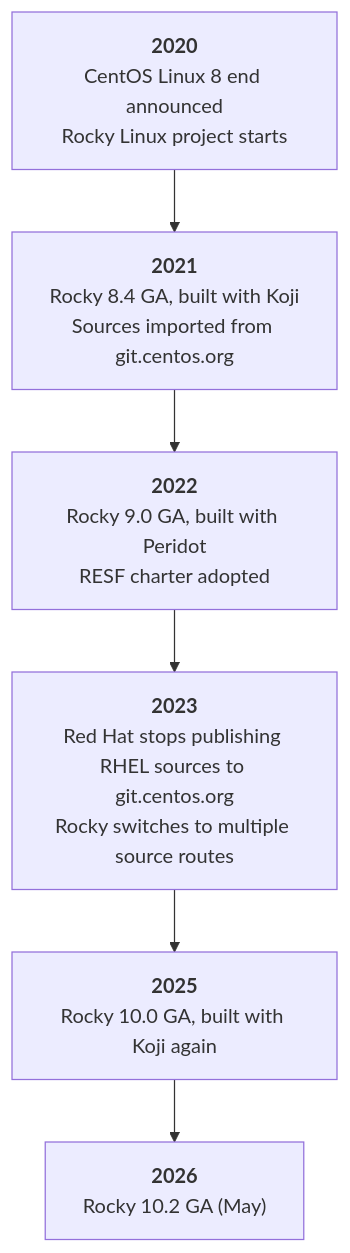
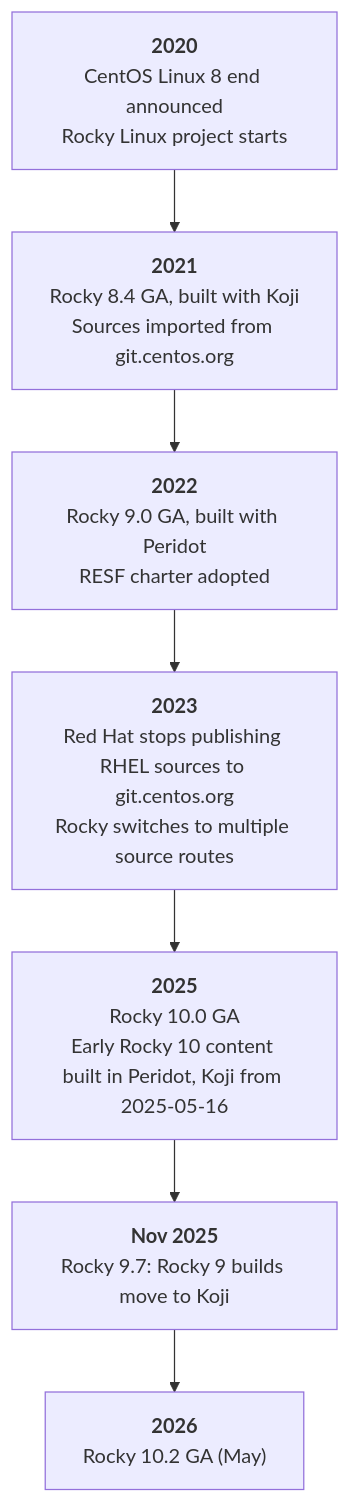
One commit to ssimpson89/LinuxTrainingCourse changed the second of 8 diagrams in content/21-inside-rocky-linux.md. Above: the diagram before and after it, drawn with Mermaid. The commit also changed other lines of this file and 99 other files, not shown here.

First line of the commit message:
Add "How Rocky Gets Built" series (modules 40-53) with lab kits

````diff
--- a/content/21-inside-rocky-linux.md
+++ b/content/21-inside-rocky-linux.md
@@ -147,10 +151,11 @@
     ```mermaid
     flowchart TB
         T0["<b>2020</b><br/>CentOS Linux 8 end announced<br/>Rocky Linux project starts"]
         T1["<b>2021</b><br/>Rocky 8.4 GA, built with Koji<br/>Sources imported from git.centos.org"]
         T2["<b>2022</b><br/>Rocky 9.0 GA, built with Peridot<br/>RESF charter adopted"]
         T3["<b>2023</b><br/>Red Hat stops publishing RHEL sources to git.centos.org<br/>Rocky switches to multiple source routes"]
-        T4["<b>2025</b><br/>Rocky 10.0 GA, built with Koji again"]
+        T4["<b>2025</b><br/>Rocky 10.0 GA<br/>Early Rocky 10 content built in Peridot, Koji from 2025-05-16"]
+        T4b["<b>Nov 2025</b><br/>Rocky 9.7: Rocky 9 builds move to Koji"]
         T5["<b>2026</b><br/>Rocky 10.2 GA (May)"]
-        T0 --> T1 --> T2 --> T3 --> T4 --> T5
+        T0 --> T1 --> T2 --> T3 --> T4 --> T4b --> T5
     ```
````
